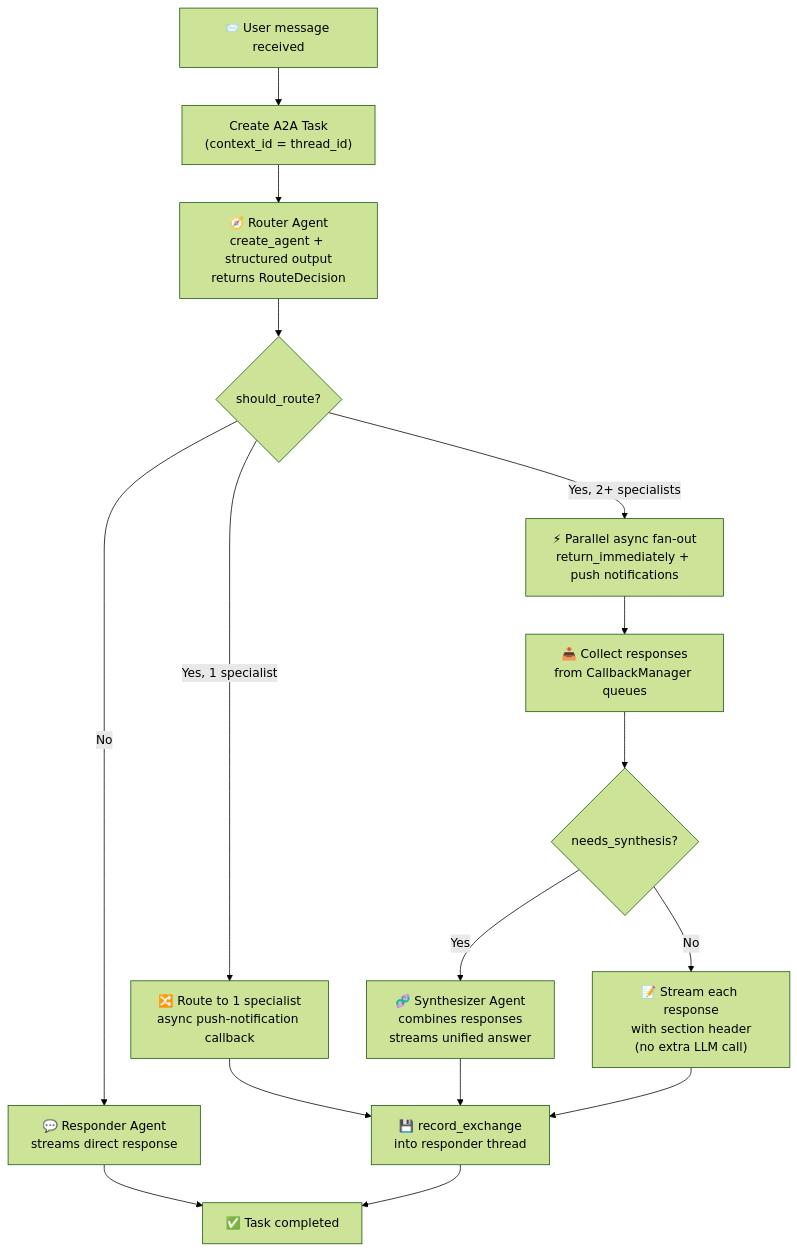
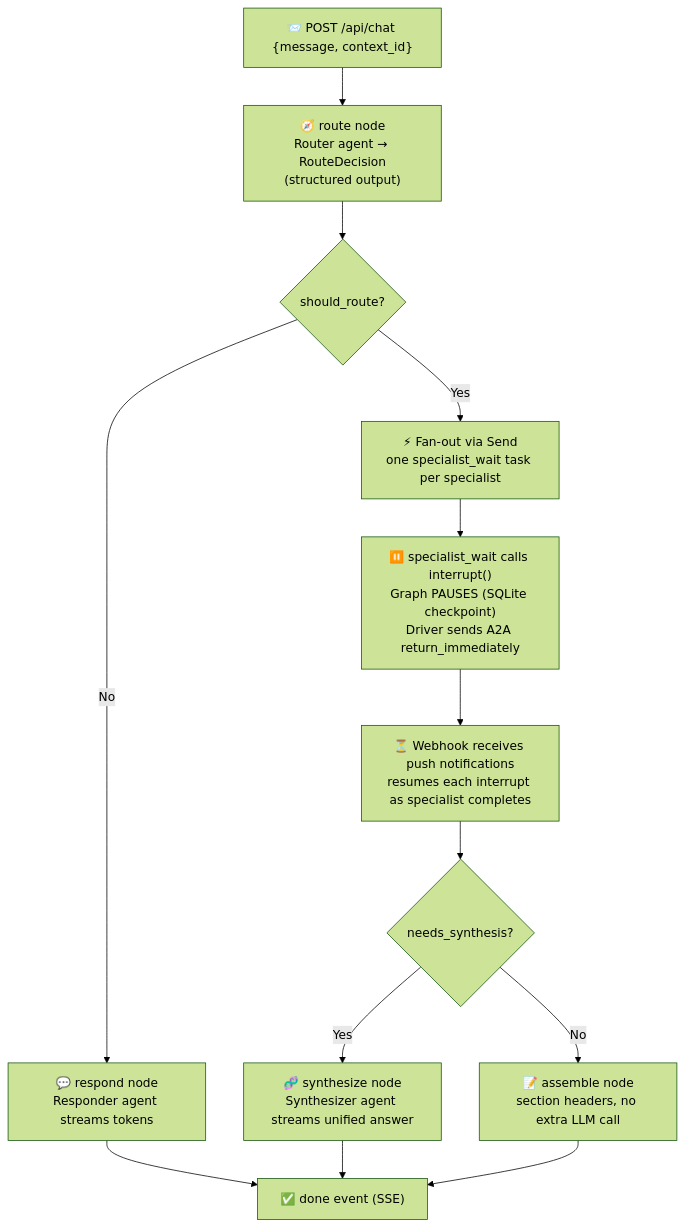
The third of 7 diagrams in README.md (chandra447/nimbus-chat), drawn with Mermaid (forest theme) before and after one commit. The commit also changed other lines of this file and 4 other files, not shown here.

First line of the commit message:
Update docs for LangGraph StateGraph + interrupt + plain SSE architecture

````diff
--- a/README.md
+++ b/README.md
@@ -94,20 +94,17 @@
 ```mermaid
 flowchart TD
-    Start["📨 User message received"] --> Task["Create A2A Task<br/>(context_id = thread_id)"]
-    Task --> Router["🧭 Router Agent<br/>create_agent + structured output<br/>returns RouteDecision"]
-    Router --> Decide{"should_route?"}
+    Start["📨 POST /api/chat {message, context_id}"] --> Route["🧭 route node<br/>Router agent → RouteDecision<br/>(structured output)"]
+    Route --> Decide{"should_route?"}
 
-    Decide -->|No| Direct["💬 Responder Agent<br/>streams direct response"]
-    Decide -->|Yes, 1 specialist| Single["🔀 Route to 1 specialist<br/>async push-notification callback"]
-    Decide -->|Yes, 2+ specialists| FanOut["⚡ Parallel async fan-out<br/>return_immediately + push notifications"]
+    Decide -->|No| Respond["💬 respond node<br/>Responder agent streams tokens"]
+    Decide -->|Yes| FanOut["⚡ Fan-out via Send<br/>one specialist_wait task per specialist"]
 
-    FanOut --> Collect["📥 Collect responses<br/>from CallbackManager queues"]
-    Collect --> SynthCheck{"needs_synthesis?"}
-    SynthCheck -->|Yes| Synth["🧬 Synthesizer Agent<br/>combines responses<br/>streams unified answer"]
-    SynthCheck -->|No| Sections["📝 Stream each response<br/>with section header<br/>(no extra LLM call)"]
-    Single --> Record["💾 record_exchange<br/>into responder thread"]
-    Synth --> Record
-    Sections --> Record
-    Direct --> Done["✅ Task completed"]
-    Record --> Done
+    FanOut --> Interrupt["⏸️ specialist_wait calls interrupt()<br/>Graph PAUSES (SQLite checkpoint)<br/>Driver sends A2A return_immediately"]
+    Interrupt --> Wait["⏳ Webhook receives push notifications<br/>resumes each interrupt as specialist completes"]
+    Wait --> SynthCheck{"needs_synthesis?"}
+    SynthCheck -->|Yes| Synth["🧬 synthesize node<br/>Synthesizer agent streams unified answer"]
+    SynthCheck -->|No| Assemble["📝 assemble node<br/>section headers, no extra LLM call"]
+    Respond --> Done["✅ done event (SSE)"]
+    Synth --> Done
+    Assemble --> Done
 ```
````
